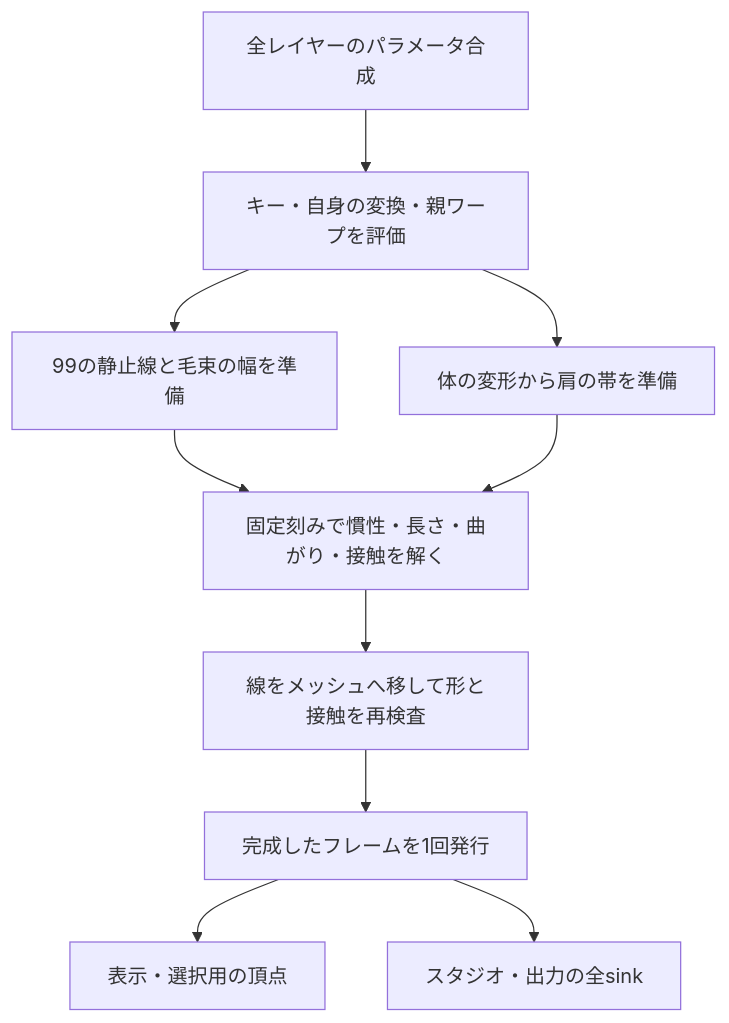
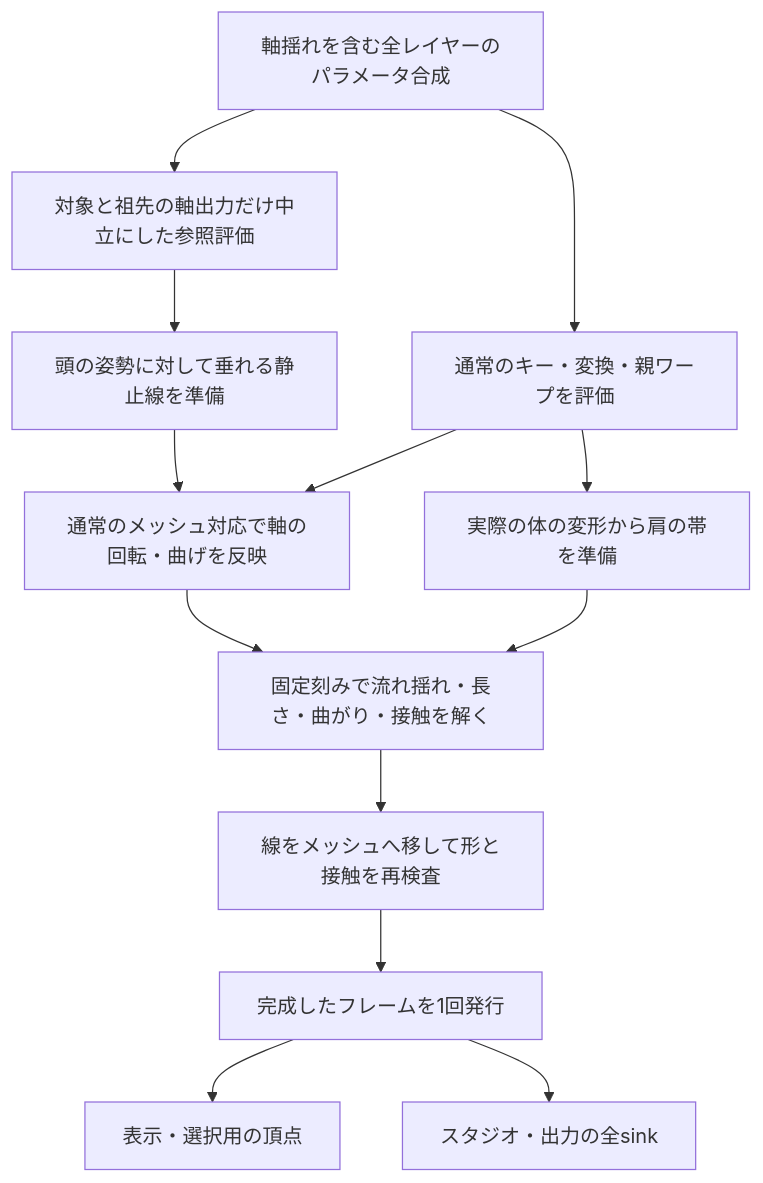
The diagram in docs/step4/hair-dynamics-design.md (hanarikedaruma/2DLiveModelCreaterStudio), drawn with Mermaid before and after one commit. The commit also changed other lines of this file and 3 other files, not shown here.

````diff
--- a/docs/step4/hair-dynamics-design.md
+++ b/docs/step4/hair-dynamics-design.md
@@ -94,12 +121,15 @@
 ```mermaid
 flowchart TD
-  A[全レイヤーのパラメータ合成] --> B[キー・自身の変換・親ワープを評価]
-  B --> C[99の静止線と毛束の幅を準備]
-  B --> D[体の変形から肩の帯を準備]
-  C --> E[固定刻みで慣性・長さ・曲がり・接触を解く]
+  A[軸揺れを含む全レイヤーのパラメータ合成] --> B[通常のキー・変換・親ワープを評価]
+  A --> N[対象と祖先の軸出力だけ中立にした参照評価]
+  N --> C[頭の姿勢に対して垂れる静止線を準備]
+  C --> T[通常のメッシュ対応で軸の回転・曲げを反映]
+  B --> T
+  B --> D[実際の体の変形から肩の帯を準備]
+  T --> E[固定刻みで流れ揺れ・長さ・曲がり・接触を解く]
   D --> E
   E --> F[線をメッシュへ移して形と接触を再検査]
   F --> G[完成したフレームを1回発行]
   G --> H[表示・選択用の頂点]
   G --> I[スタジオ・出力の全sink]
 ```
````
